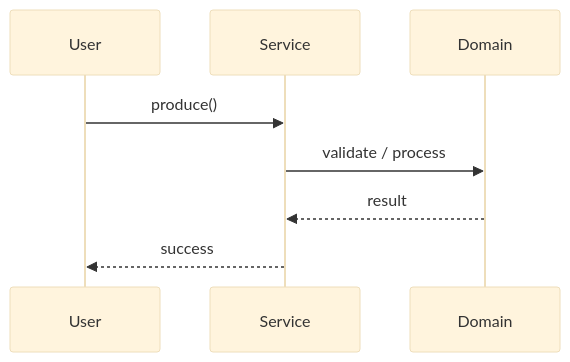
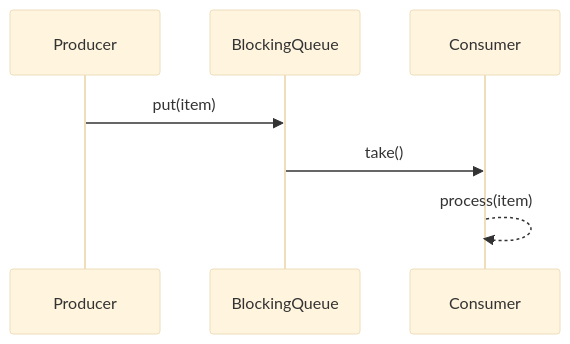
The second of 3 diagrams in Learn/System Design - Low Level Design/04-concurrency-lld/questions/Q03-producer-consumer.md (madhupaila/Interview-Prep-SSE), drawn with Mermaid (base theme) before and after one commit. The commit also changed other lines of this file and 491 other files, not shown here.

````diff
--- a/Learn/System Design - Low Level Design/04-concurrency-lld/questions/Q03-producer-consumer.md
+++ b/Learn/System Design - Low Level Design/04-concurrency-lld/questions/Q03-producer-consumer.md
@@ -120,10 +141,9 @@
 ```mermaid
 sequenceDiagram
-    participant U as User
-    participant S as Service
-    participant D as Domain
-    U->>S: produce()
-    S->>D: validate / process
-    D-->>S: result
-    S-->>U: success
+participant Prod as Producer
+participant Q as BlockingQueue
+participant Cons as Consumer
+Prod->>Q: put(item)
+Q->>Cons: take()
+Cons-->>Cons: process(item)
 ```
````
